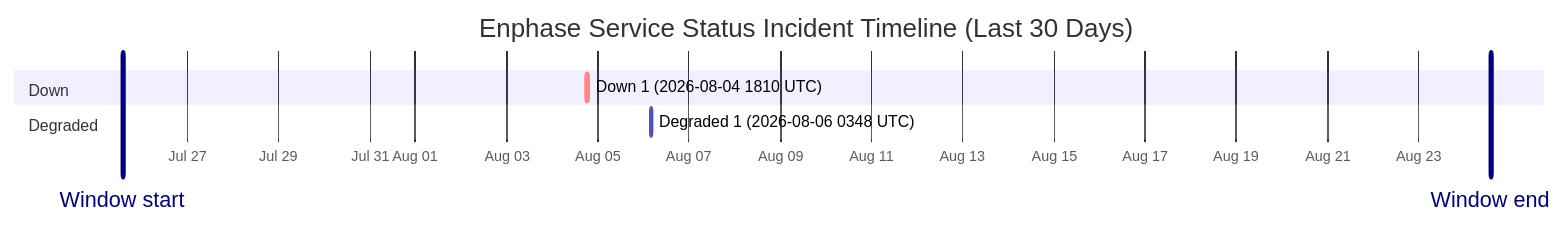
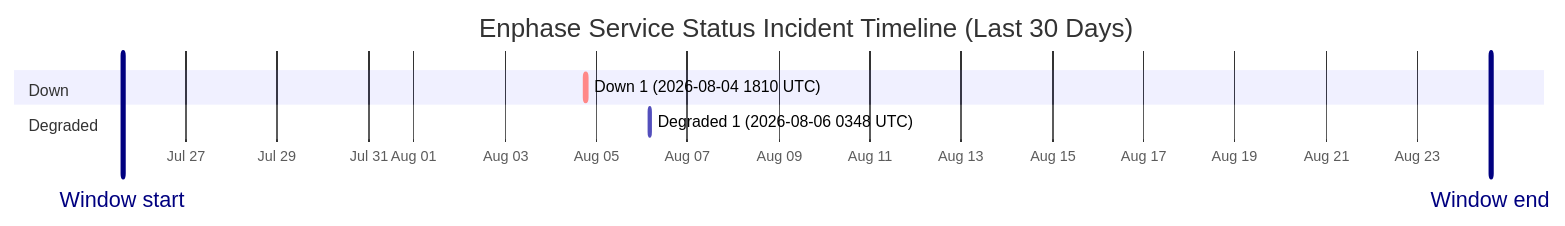
The diagram in wiki/Service-Status-History.md (barneyonline/ha-enphase-energy), drawn with Mermaid before and after one commit. The commit also changed other lines of this file and 3 other files, not shown here.

````diff
--- a/wiki/Service-Status-History.md
+++ b/wiki/Service-Status-History.md
@@ -14,12 +14,12 @@
 ```mermaid
 gantt
     title Enphase Service Status Incident Timeline (Last 30 Days)
     dateFormat  YYYY-MM-DDTHH:mm:ss
     axisFormat  %b %d
-    Window start :vert, window-start, 2026-07-25T13:59:10, 0ms
-    Window end :vert, window-end, 2026-08-24T13:59:10, 0ms
+    Window start :vert, window-start, 2026-07-25T14:39:04, 0ms
+    Window end :vert, window-end, 2026-08-24T14:39:04, 0ms
     section Down
     Down 1 (2026-08-04 1810 UTC) :crit, down-1, 2026-08-04T18:10:46, 60m
     section Degraded
     Degraded 1 (2026-08-06 0348 UTC) :active, degraded-1, 2026-08-06T03:48:14, 60m
 ```
````
